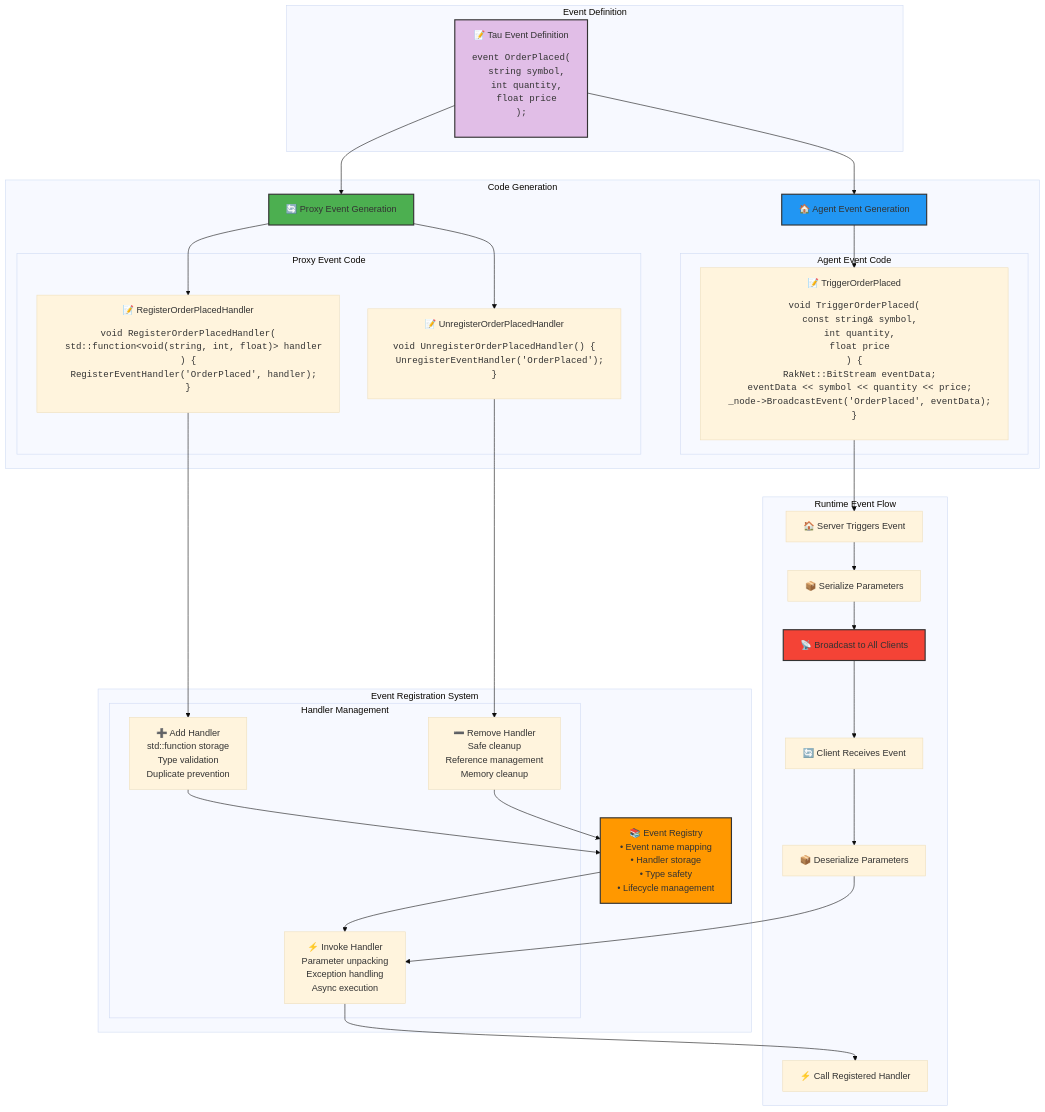
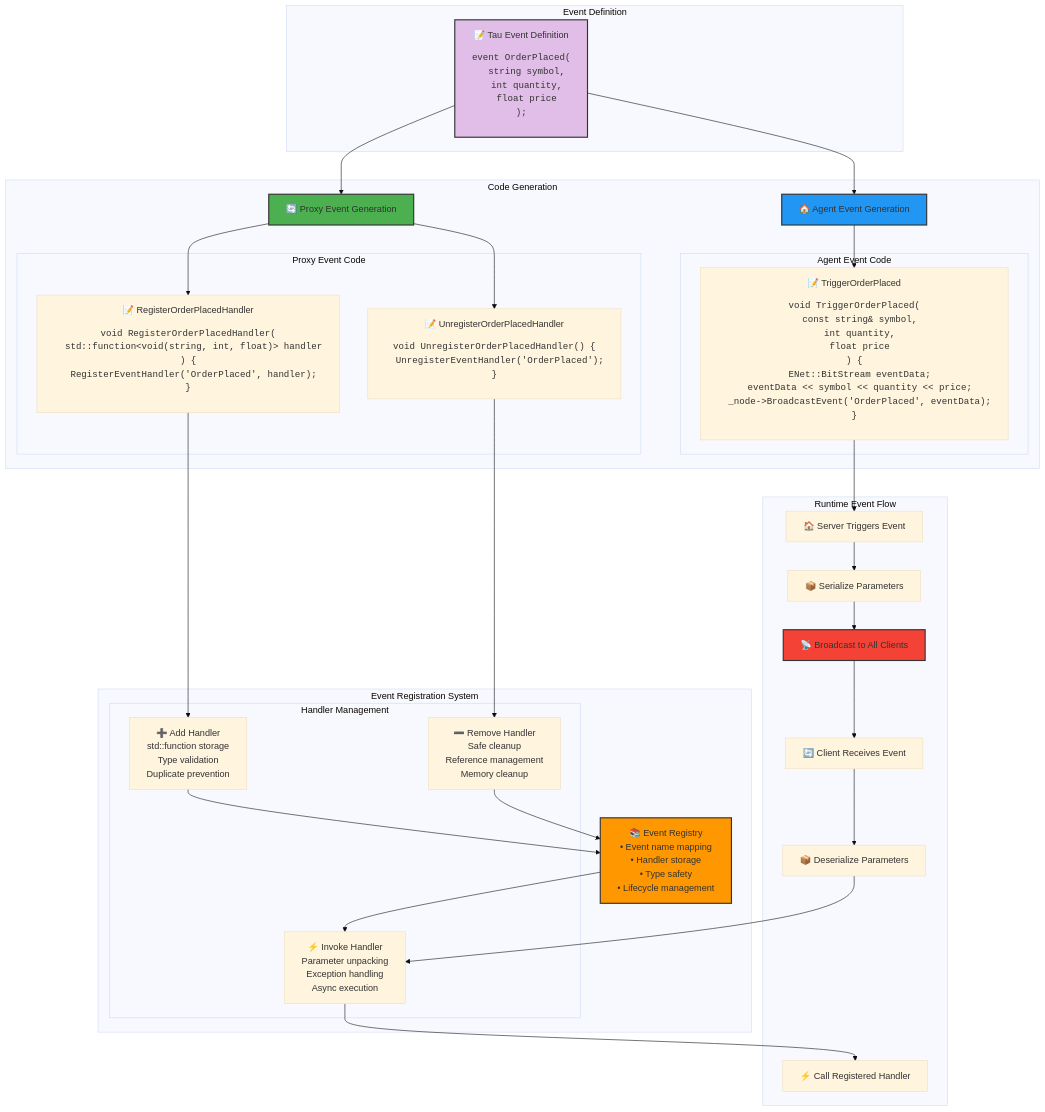
One commit to cschladetsch/CppKAI changed the sixth of 7 diagrams in Doc/TauArchitectureDiagrams.md. Above: the diagram before and after it, drawn with Mermaid (base theme). The commit also changed other lines of this file and 136 other files, not shown here.

Commit message:
Remove RakNet and add ENet transport abstraction

````diff
--- a/Doc/TauArchitectureDiagrams.md
+++ b/Doc/TauArchitectureDiagrams.md
@@ -374,66 +374,66 @@
 ```mermaid
 flowchart TB
     subgraph "Event Definition"
         EVENT_DEF["📝 Tau Event Definition<br/><pre><code>event OrderPlaced(<br/>  string symbol,<br/>  int quantity,<br/>  float price<br/>);</code></pre>"]
     end
     
     subgraph "Code Generation"
         PROXY_EVENT["🔄 Proxy Event Generation"]
         AGENT_EVENT["🏠 Agent Event Generation"]
         
         subgraph "Proxy Event Code"
             REG_HANDLER["📝 RegisterOrderPlacedHandler<br/><pre><code>void RegisterOrderPlacedHandler(<br/>  std::function&lt;void(string, int, float)&gt; handler<br/>) {<br/>  RegisterEventHandler('OrderPlaced', handler);<br/>}</code></pre>"]
             UNREG_HANDLER["📝 UnregisterOrderPlacedHandler<br/><pre><code>void UnregisterOrderPlacedHandler() {<br/>  UnregisterEventHandler('OrderPlaced');<br/>}</code></pre>"]
         end
         
         subgraph "Agent Event Code"
-            TRIGGER_EVENT["📝 TriggerOrderPlaced<br/><pre><code>void TriggerOrderPlaced(<br/>  const string& symbol,<br/>  int quantity,<br/>  float price<br/>) {<br/>  RakNet::BitStream eventData;<br/>  eventData << symbol << quantity << price;<br/>  _node->BroadcastEvent('OrderPlaced', eventData);<br/>}</code></pre>"]
+            TRIGGER_EVENT["📝 TriggerOrderPlaced<br/><pre><code>void TriggerOrderPlaced(<br/>  const string& symbol,<br/>  int quantity,<br/>  float price<br/>) {<br/>  ENet::BitStream eventData;<br/>  eventData << symbol << quantity << price;<br/>  _node->BroadcastEvent('OrderPlaced', eventData);<br/>}</code></pre>"]
         end
     end
     
     subgraph "Runtime Event Flow"
         SERVER_TRIGGER["🏠 Server Triggers Event"]
         SERIALIZE["📦 Serialize Parameters"]
         BROADCAST["📡 Broadcast to All Clients"]
         CLIENT_RECEIVE["🔄 Client Receives Event"]
         DESERIALIZE["📦 Deserialize Parameters"]
         CALL_HANDLER["⚡ Call Registered Handler"]
     end
     
     subgraph "Event Registration System"
         EVENT_REGISTRY["📚 Event Registry<br/>• Event name mapping<br/>• Handler storage<br/>• Type safety<br/>• Lifecycle management"]
         
         subgraph "Handler Management"
             ADD_HANDLER["➕ Add Handler<br/>std::function storage<br/>Type validation<br/>Duplicate prevention"]
             REMOVE_HANDLER["➖ Remove Handler<br/>Safe cleanup<br/>Reference management<br/>Memory cleanup"]
             INVOKE_HANDLER["⚡ Invoke Handler<br/>Parameter unpacking<br/>Exception handling<br/>Async execution"]
         end
     end
     
     EVENT_DEF --> PROXY_EVENT
     EVENT_DEF --> AGENT_EVENT
     PROXY_EVENT --> REG_HANDLER
     PROXY_EVENT --> UNREG_HANDLER
     AGENT_EVENT --> TRIGGER_EVENT
     
     REG_HANDLER --> ADD_HANDLER
     UNREG_HANDLER --> REMOVE_HANDLER
     ADD_HANDLER --> EVENT_REGISTRY
     REMOVE_HANDLER --> EVENT_REGISTRY
     
     TRIGGER_EVENT --> SERVER_TRIGGER
     SERVER_TRIGGER --> SERIALIZE
     SERIALIZE --> BROADCAST
     BROADCAST --> CLIENT_RECEIVE
     CLIENT_RECEIVE --> DESERIALIZE
     DESERIALIZE --> INVOKE_HANDLER
     INVOKE_HANDLER --> CALL_HANDLER
     
     EVENT_REGISTRY --> INVOKE_HANDLER
     
     style EVENT_DEF fill:#e1bee7,stroke:#333,stroke-width:2px
     style PROXY_EVENT fill:#4caf50,stroke:#333,stroke-width:2px
     style AGENT_EVENT fill:#2196f3,stroke:#333,stroke-width:2px
     style EVENT_REGISTRY fill:#ff9800,stroke:#333,stroke-width:2px
     style BROADCAST fill:#f44336,stroke:#333,stroke-width:2px
 ```
````
